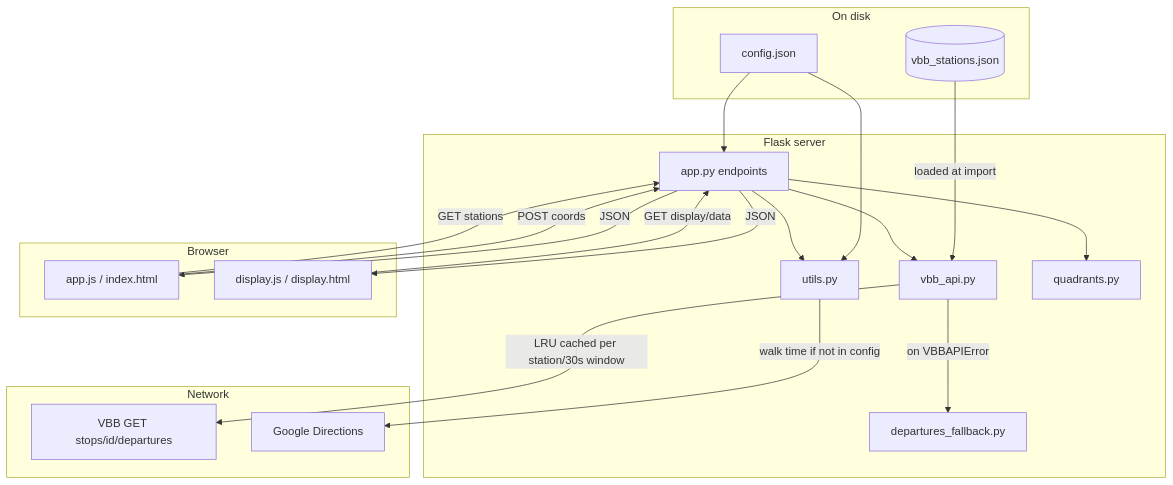
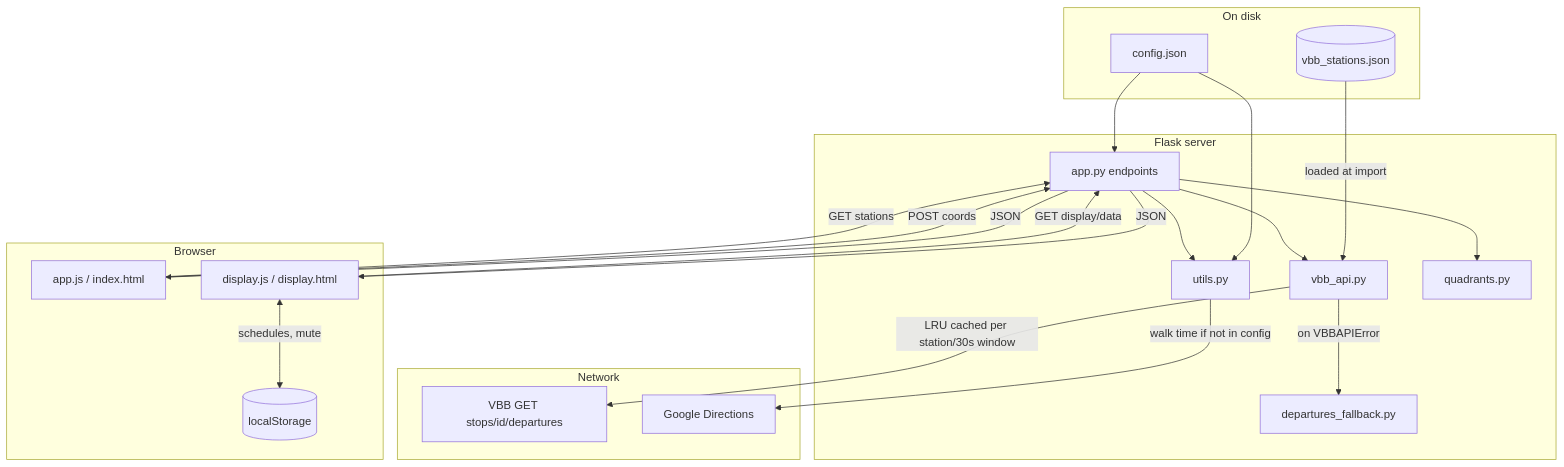
One commit to momonala/trainspotter changed the second of 5 diagrams in README.md. Above: the diagram before and after it, drawn with Mermaid. The commit also changed other lines of this file and 8 other files, not shown here.

````diff
--- a/README.md
+++ b/README.md
@@ -70,40 +70,42 @@
 ```mermaid
 flowchart TB
   subgraph disk [On disk]
     Config[config.json]
     Snapshot[(vbb_stations.json)]
   end
 
   subgraph server [Flask server]
     Api[app.py endpoints]
     VbbMod[vbb_api.py]
     Utils[utils.py]
     Quadrants[quadrants.py]
     Fallback[departures_fallback.py]
   end
 
   subgraph external [Network]
     VBBdep[VBB GET stops/id/departures]
     GMaps[Google Directions]
   end
 
   subgraph client [Browser]
     Dashboard[app.js / index.html]
     Display[display.js / display.html]
+    LocalStore[(localStorage)]
   end
 
   Config --> Api
   Config --> Utils
   Snapshot -->|loaded at import| VbbMod
   Dashboard -->|POST coords| Api
   Dashboard -->|GET stations| Api
   Display -->|GET display/data| Api
+  Display <-->|schedules, mute| LocalStore
   Api --> VbbMod
   Api --> Utils
   Api --> Quadrants
   VbbMod -->|LRU cached per station/30s window| VBBdep
   VbbMod -->|on VBBAPIError| Fallback
   Utils -->|walk time if not in config| GMaps
   Api -->|JSON| Dashboard
   Api -->|JSON| Display
 ```
````
